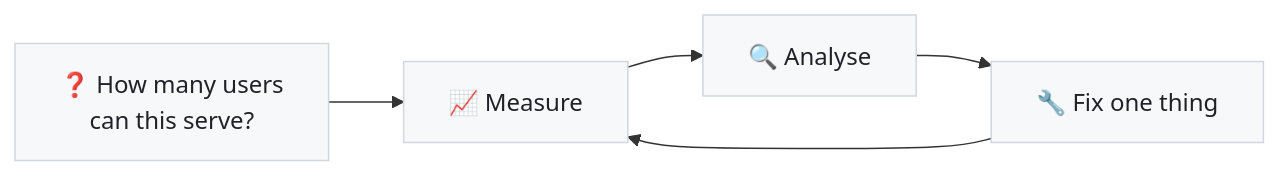
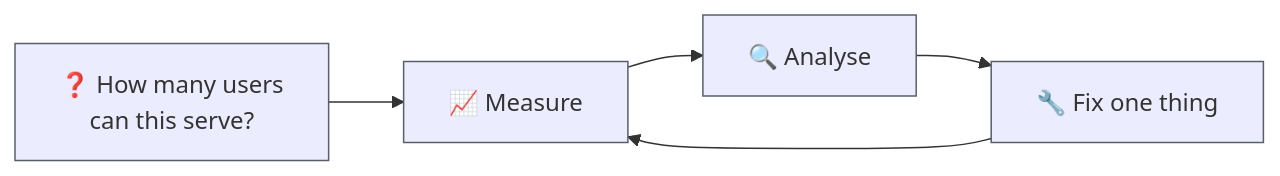
One commit to Ansh-dhanani/Distributed-system-load-analysis changed the first of 8 diagrams in README.md. Above: the diagram before and after it, drawn with Mermaid. The commit also changed other lines of this file, not shown here.

First line of the commit message:
docs: restore previous mermaid styling, darken node borders

````diff
--- a/README.md
+++ b/README.md
@@ -13,5 +13,5 @@
 ```mermaid
 flowchart LR
     Q["❓ How many users<br/>can this serve?"] --> M["📈 Measure"] --> A["🔍 Analyse"] --> F["🔧 Fix one thing"] --> M
-    classDef default fill:#f6f8fa,stroke:#d0d7de,color:#1f2328;
+    classDef default stroke:#57606a;
 ```
````
